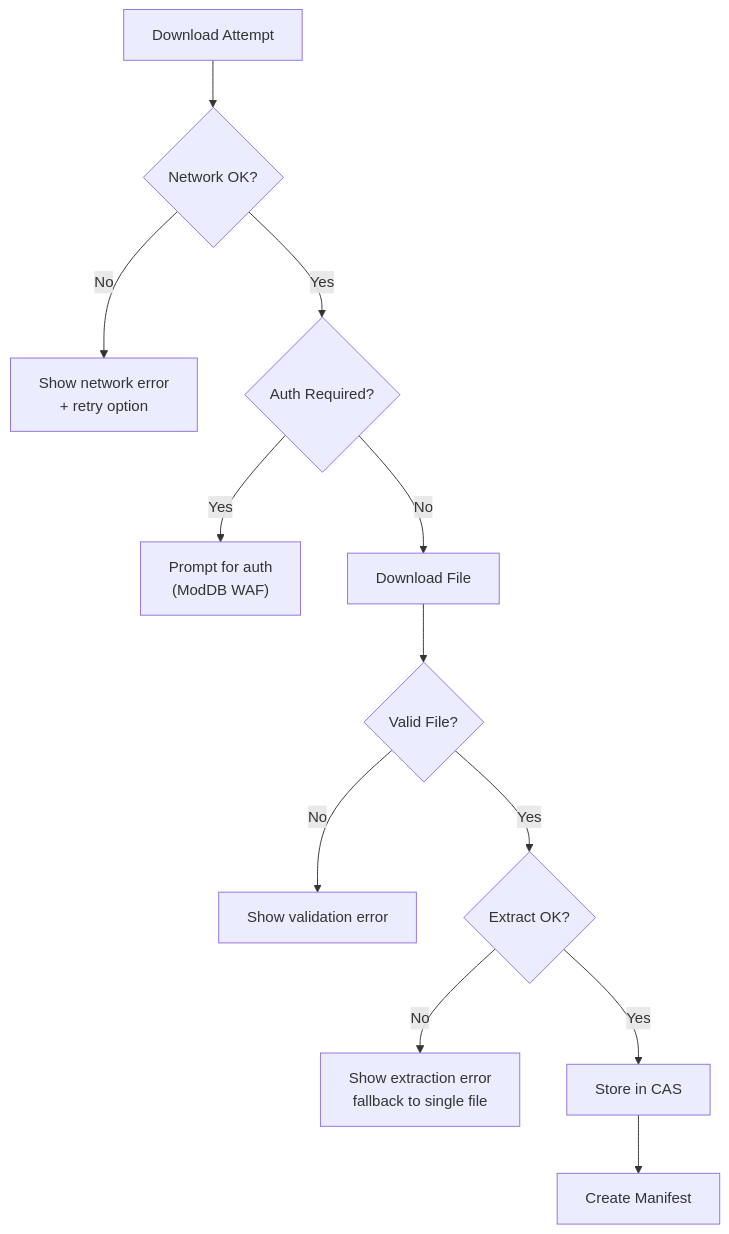
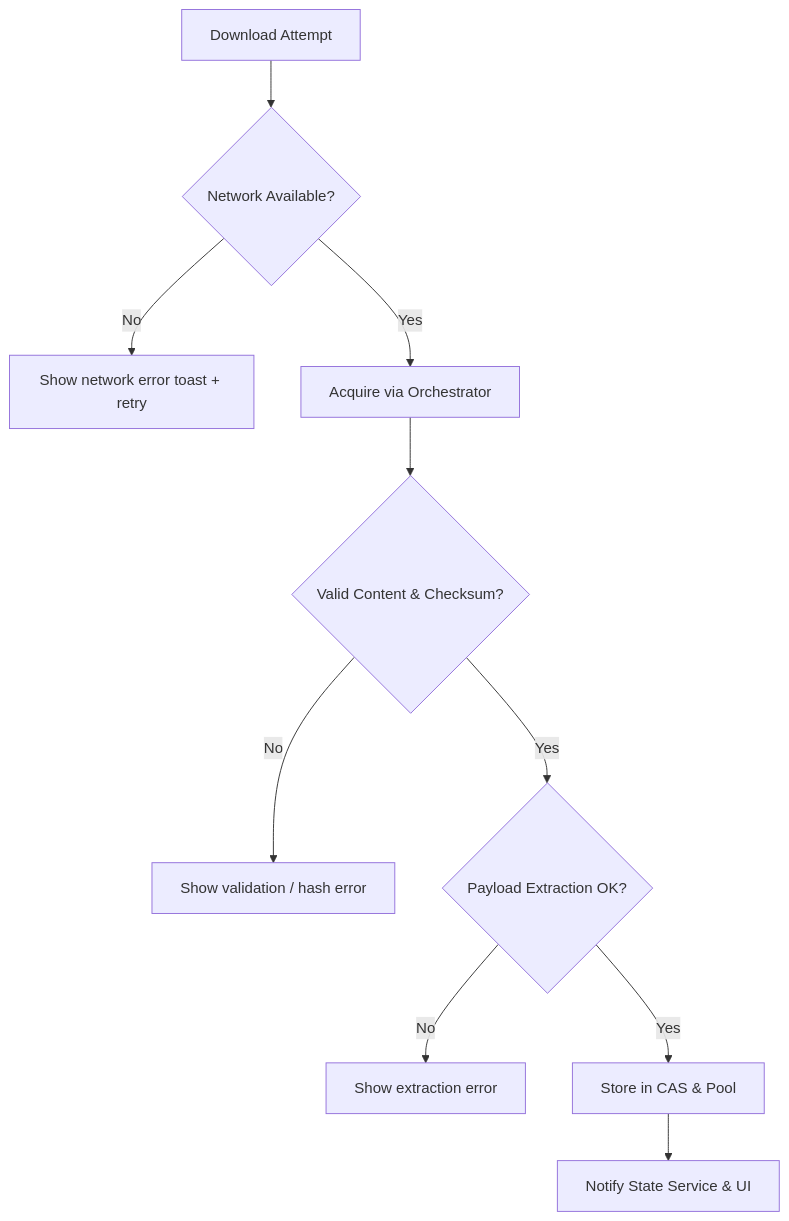
Before and after one commit to undead2146/GenHub: the ninth of 9 diagrams in docs/FlowCharts/Downloads-Flow.md, drawn with Mermaid. The commit also changed other lines of this file and 20 other files, not shown here.

````diff
--- a/docs/FlowCharts/Downloads-Flow.md
+++ b/docs/FlowCharts/Downloads-Flow.md
@@ -774,14 +519,12 @@
 ```mermaid
 flowchart TD
-    D["Download Attempt"] --> N{Network OK?}
-    N -->|No| E1["Show network error<br/>+ retry option"]
-    N -->|Yes| A{Auth Required?}
-    A -->|Yes| E2["Prompt for auth<br/>(ModDB WAF)"]
-    A -->|No| DL["Download File"]
-    DL --> V{Valid File?}
-    V -->|No| E3["Show validation error"]
-    V -->|Yes| EX{Extract OK?}
-    EX -->|No| E4["Show extraction error<br/>fallback to single file"]
-    EX -->|Yes| S["Store in CAS"]
-    S --> M["Create Manifest"]
+    D["Download Attempt"] --> N{"Network Available?"}
+    N -->|No| E1["Show network error toast + retry"]
+    N -->|Yes| DL["Acquire via Orchestrator"]
+    DL --> V{"Valid Content & Checksum?"}
+    V -->|No| E2["Show validation / hash error"]
+    V -->|Yes| EX{"Payload Extraction OK?"}
+    EX -->|No| E3["Show extraction error"]
+    EX -->|Yes| S["Store in CAS & Pool"]
+    S --> M["Notify State Service & UI"]
 ```
````
